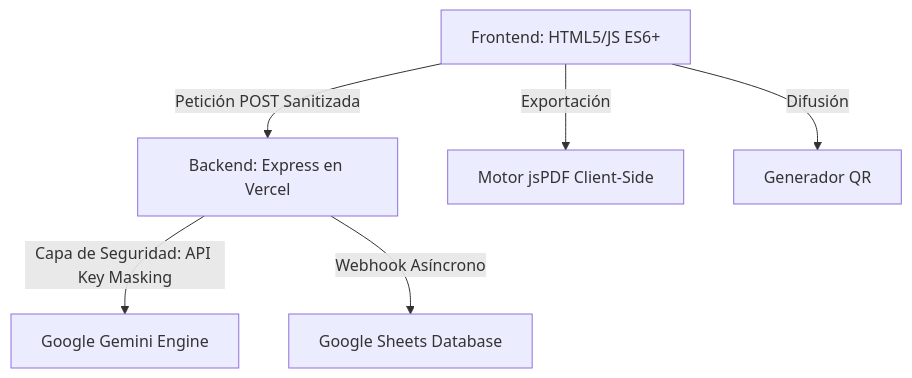
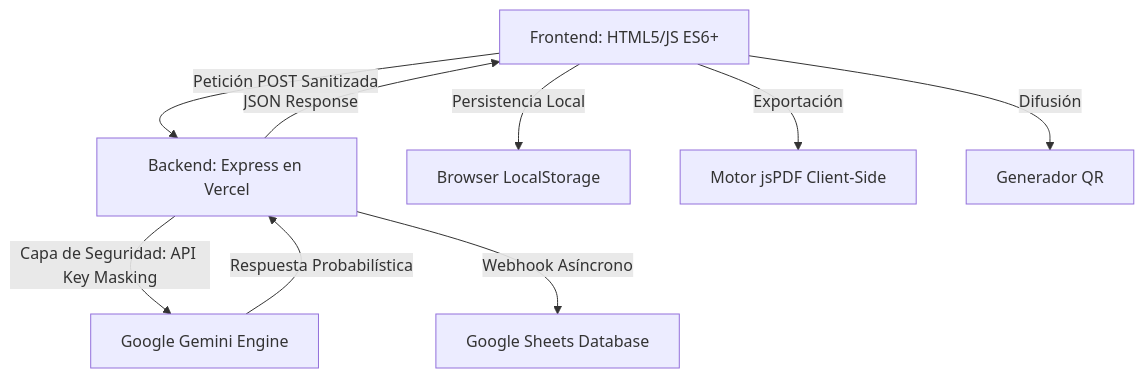
Before and after one commit to jjho05/build-with-ai-itcm: the diagram in README.md, drawn with Mermaid. The commit also changed other lines of this file, not shown here.

````diff
--- a/README.md
+++ b/README.md
@@ -108,8 +121,11 @@
 ```mermaid
 graph TD
     A[Frontend: HTML5/JS ES6+] -->|Petición POST Sanitizada| B[Backend: Express en Vercel]
     B -->|Capa de Seguridad: API Key Masking| C[Google Gemini Engine]
     B -->|Webhook Asíncrono| D[Google Sheets Database]
+    A -->|Persistencia Local| E[Browser LocalStorage]
     A -->|Exportación| F[Motor jsPDF Client-Side]
     A -->|Difusión| G[Generador QR]
+    C -->|Respuesta Probabilística| B
+    B -->|JSON Response| A
 ```
````
